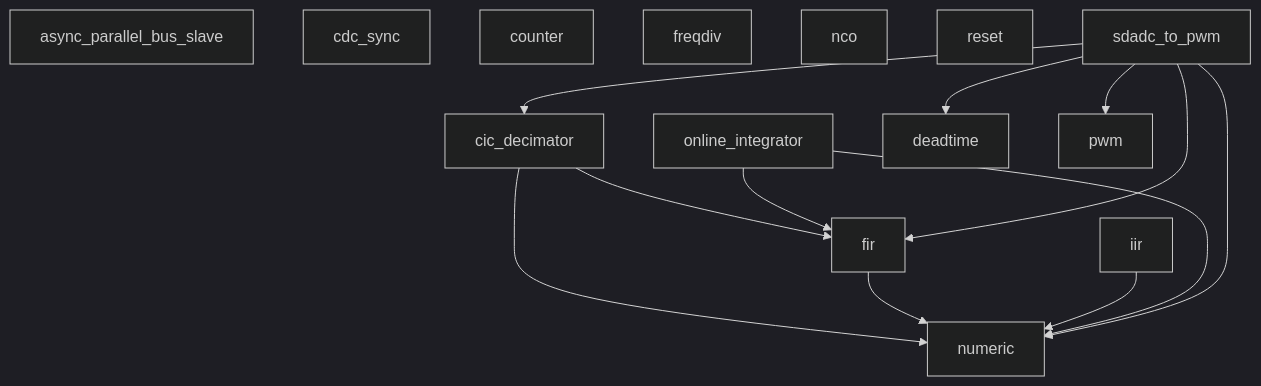
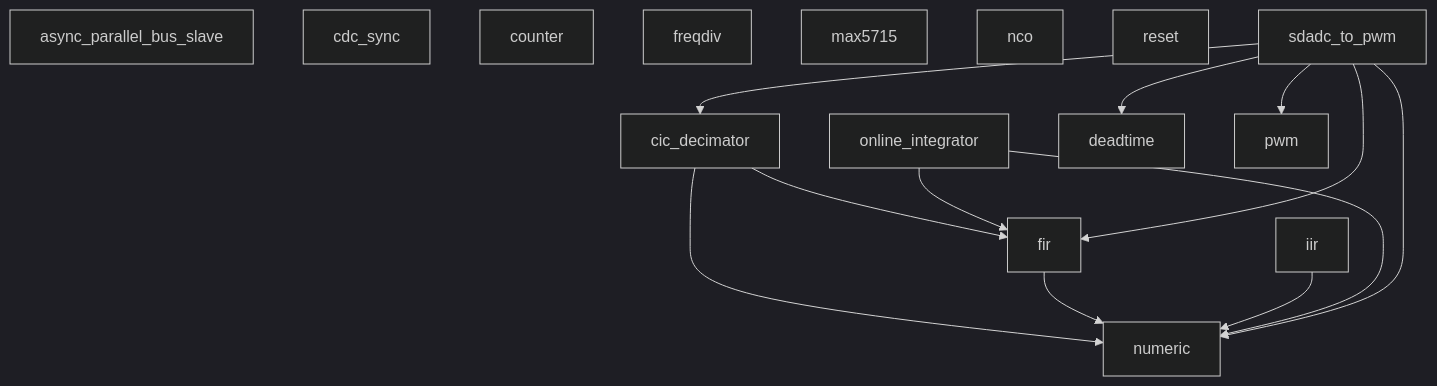
One commit to Zubax/kulibin changed the diagram in README.md. Above: the diagram before and after it, drawn with Mermaid (dark theme). The commit also changed 34 other files, not shown here.

````diff
--- a/README.md
+++ b/README.md
@@ -37,21 +37,22 @@
 ```mermaid
 graph TD
     %% auto-generated by hierarchy.py — do not edit
     async_parallel_bus_slave
     cdc_sync
     cic_decimator --> fir
     cic_decimator --> numeric
     counter
     fir --> numeric
     freqdiv
     iir --> numeric
+    max5715
     nco
     online_integrator --> fir
     online_integrator --> numeric
     reset
     sdadc_to_pwm --> cic_decimator
     sdadc_to_pwm --> deadtime
     sdadc_to_pwm --> fir
     sdadc_to_pwm --> numeric
     sdadc_to_pwm --> pwm
 ```
````
